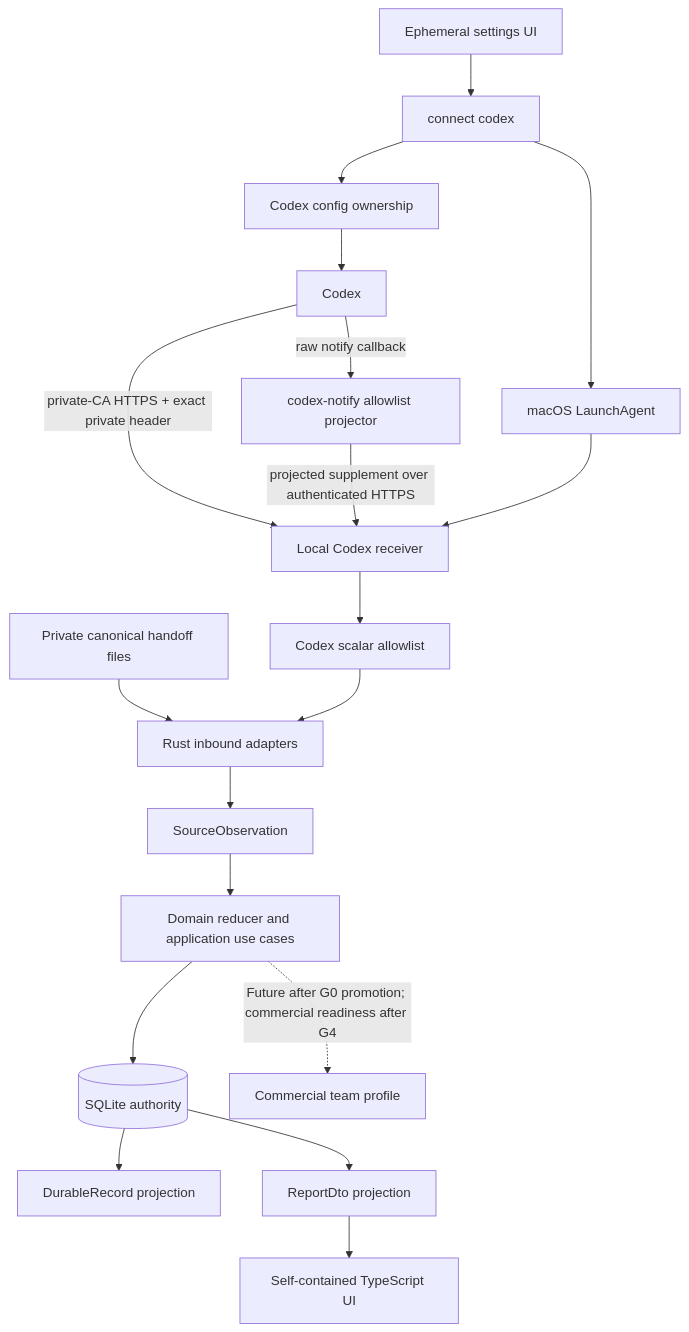
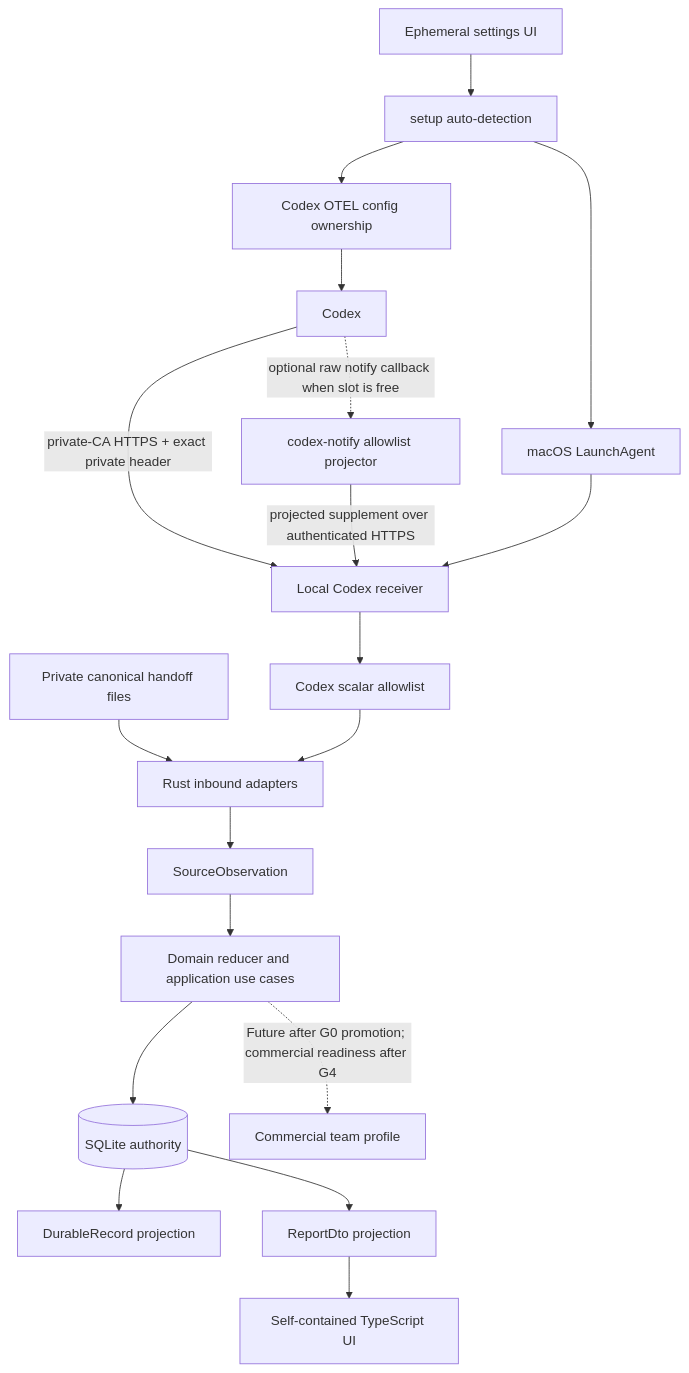
One commit to MCprotein/agent-observability changed the diagram in docs/ARCHITECTURE.md. Above: the diagram before and after it, drawn with Mermaid. The commit also changed other lines of this file and 13 other files, not shown here.

Commit message:
fix: make Codex setup coexist with existing notify

````diff
--- a/docs/ARCHITECTURE.md
+++ b/docs/ARCHITECTURE.md
@@ -132,21 +132,21 @@
 ```mermaid
 flowchart TB
     Codex["Codex"] -->|"private-CA HTTPS + exact private header"| Receiver["Local Codex receiver"]
-    Codex -->|"raw notify callback"| Notify["codex-notify allowlist projector"]
+    Codex -.->|"optional raw notify callback when slot is free"| Notify["codex-notify allowlist projector"]
     Notify -->|"projected supplement over authenticated HTTPS"| Receiver
     Manual["Private canonical handoff files"] --> Adapters["Rust inbound adapters"]
     Receiver --> Allowlist["Codex scalar allowlist"]
     Allowlist --> Adapters
     Adapters --> Observation["SourceObservation"]
     Observation --> Core["Domain reducer and application use cases"]
     Core --> Store[("SQLite authority")]
     Store --> Projection["DurableRecord projection"]
     Store --> Report["ReportDto projection"]
     Report --> UI["Self-contained TypeScript UI"]
-    Connect["connect codex"] --> Ownership["Codex config ownership"]
+    Connect["setup auto-detection"] --> Ownership["Codex OTEL config ownership"]
     Connect --> LaunchAgent["macOS LaunchAgent"]
     Settings["Ephemeral settings UI"] --> Connect
     Ownership --> Codex
     LaunchAgent --> Receiver
     Core -.->|"Future after G0 promotion; commercial readiness after G4"| Team["Commercial team profile"]
 ```
````
